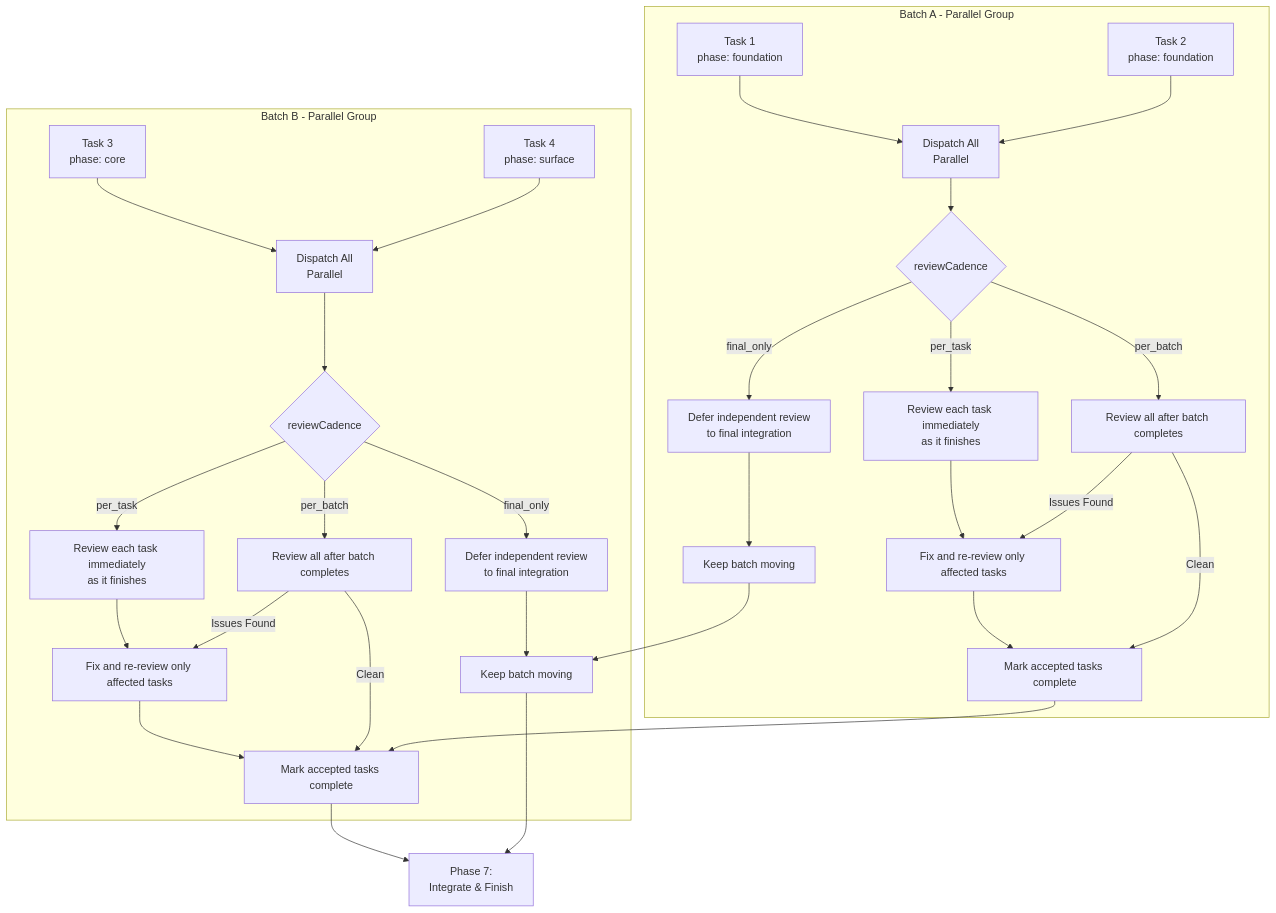
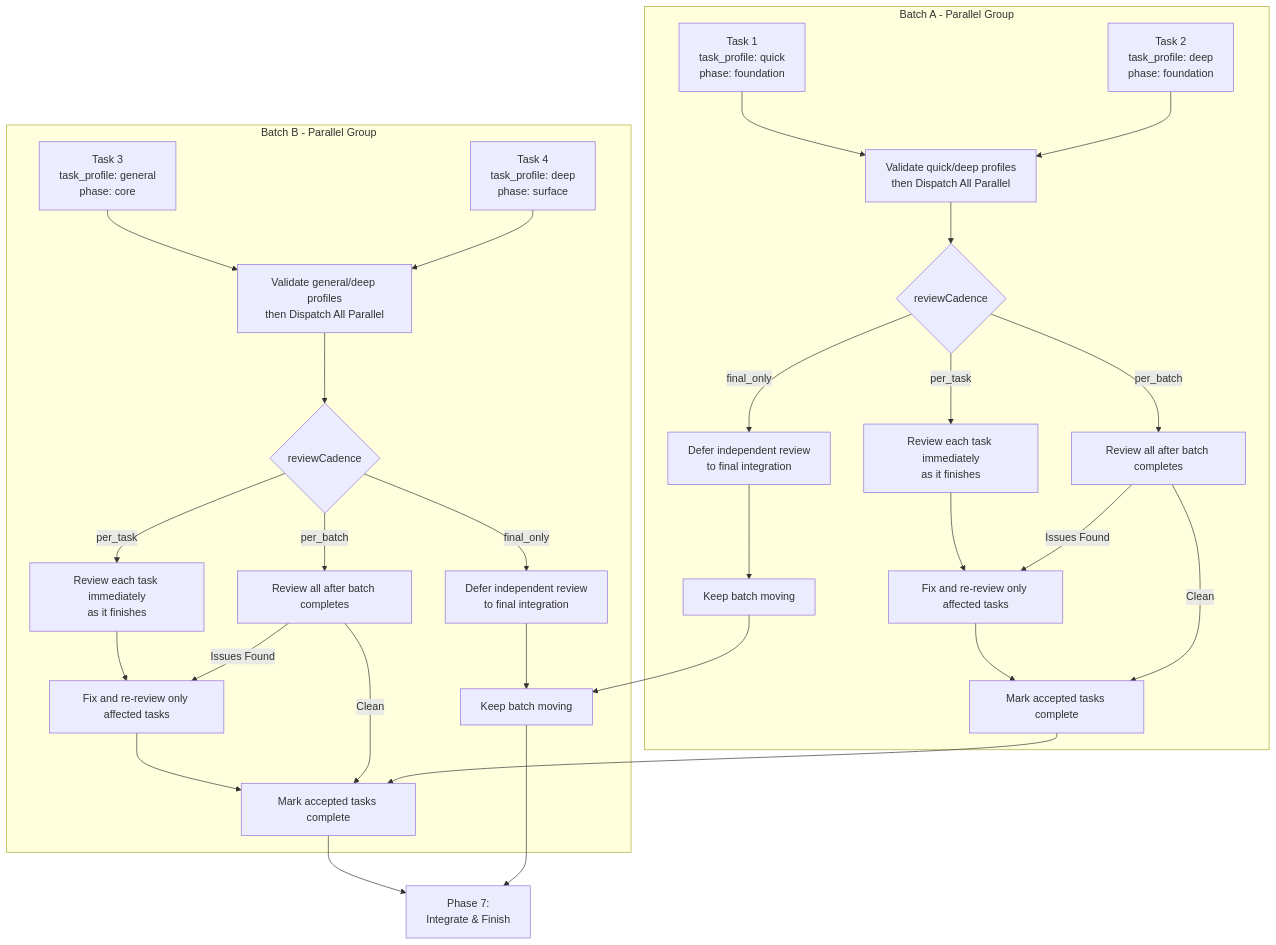
One commit to gugacarbo/agents-skills changed the fourth of 10 diagrams in super-planning/docs/workflows.md. Above: the diagram before and after it, drawn with Mermaid. The commit also changed 12 other files, not shown here.

````diff
--- a/super-planning/docs/workflows.md
+++ b/super-planning/docs/workflows.md
@@ -71,41 +71,41 @@
 ```mermaid
 flowchart TD
     subgraph Batch A - Parallel Group
-        A1[Task 1<br/>phase: foundation]
-        A2[Task 2<br/>phase: foundation]
-        A3[Dispatch All<br/>Parallel]
+        A1[Task 1<br/>task_profile: quick<br/>phase: foundation]
+        A2[Task 2<br/>task_profile: deep<br/>phase: foundation]
+        A3[Validate quick/deep profiles<br/>then Dispatch All Parallel]
         A1 --> A3
         A2 --> A3
         A3 --> A4{reviewCadence}
         A4 -->|per_task| A5[Review each task immediately<br/>as it finishes]
         A4 -->|per_batch| A6[Review all after batch completes]
         A4 -->|final_only| A7[Defer independent review<br/>to final integration]
         A5 --> A8[Fix and re-review only affected tasks]
         A6 -->|Issues Found| A8
         A8 --> A9[Mark accepted tasks complete]
         A6 -->|Clean| A9
         A7 --> A10[Keep batch moving]
     end
 
     subgraph Batch B - Parallel Group
-        B1[Task 3<br/>phase: core]
-        B2[Task 4<br/>phase: surface]
-        B3[Dispatch All<br/>Parallel]
+        B1[Task 3<br/>task_profile: general<br/>phase: core]
+        B2[Task 4<br/>task_profile: deep<br/>phase: surface]
+        B3[Validate general/deep profiles<br/>then Dispatch All Parallel]
         B1 --> B3
         B2 --> B3
         B3 --> B4{reviewCadence}
         B4 -->|per_task| B5[Review each task immediately<br/>as it finishes]
         B4 -->|per_batch| B6[Review all after batch completes]
         B4 -->|final_only| B7[Defer independent review<br/>to final integration]
         B5 --> B8[Fix and re-review only affected tasks]
         B6 -->|Issues Found| B8
         B8 --> B9[Mark accepted tasks complete]
         B6 -->|Clean| B9
         B7 --> B10[Keep batch moving]
     end
 
     A9 --> B9
     A10 --> B10
     B9 --> INTEGRATE[Phase 7:<br/>Integrate & Finish]
     B10 --> INTEGRATE
 ```
````
